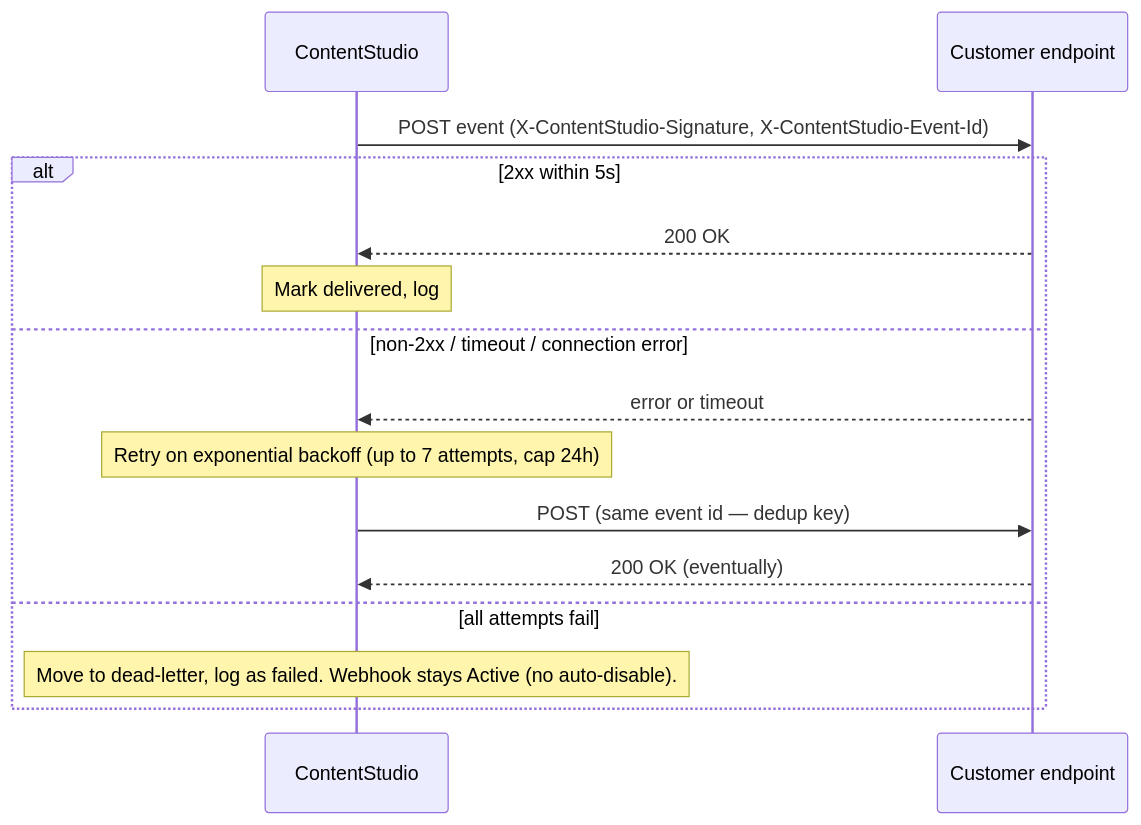
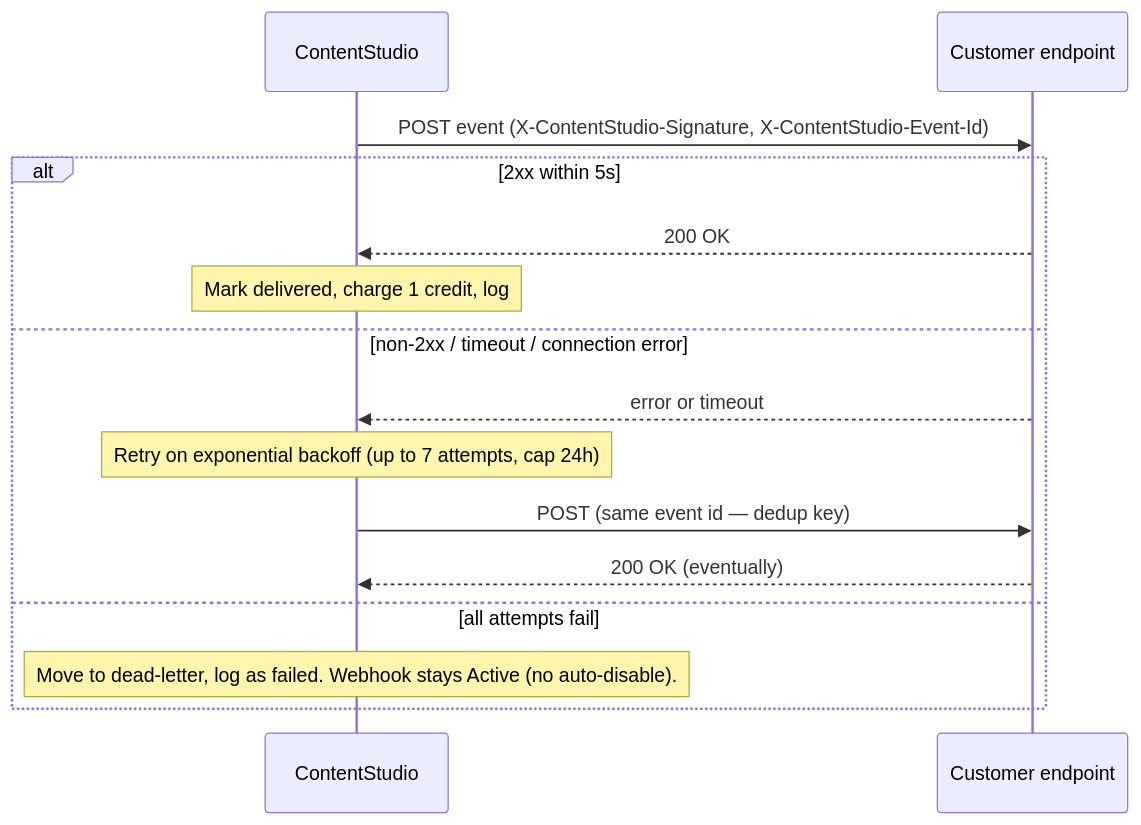
Before and after one commit to Ghulam-Jaffar/contentstudio-agentic-product-pipeline: the second of 2 diagrams in docs/features/public-webhooks/02-workflow.md, drawn with Mermaid. The commit also changed other lines of this file and 5 other files, not shown here.

````diff
--- a/docs/features/public-webhooks/02-workflow.md
+++ b/docs/features/public-webhooks/02-workflow.md
@@ -61,17 +61,17 @@
 ```mermaid
 sequenceDiagram
     participant CS as ContentStudio
     participant EP as Customer endpoint
     CS->>EP: POST event (X-ContentStudio-Signature, X-ContentStudio-Event-Id)
     alt 2xx within 5s
         EP-->>CS: 200 OK
-        Note over CS: Mark delivered, log
+        Note over CS: Mark delivered, charge 1 credit, log
     else non-2xx / timeout / connection error
         EP-->>CS: error or timeout
         Note over CS: Retry on exponential backoff (up to 7 attempts, cap 24h)
         CS->>EP: POST (same event id — dedup key)
         EP-->>CS: 200 OK (eventually)
     else all attempts fail
         Note over CS: Move to dead-letter, log as failed. Webhook stays Active (no auto-disable).
     end
 ```
````
